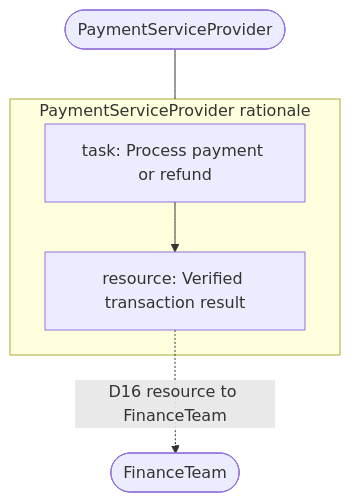
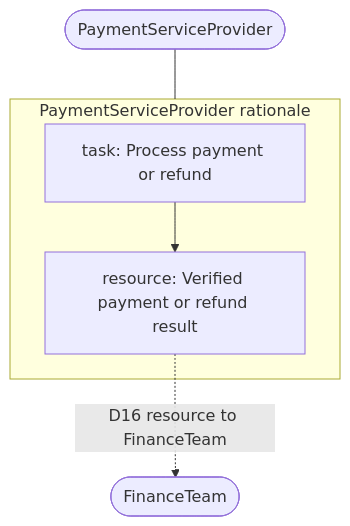
The ninth of 11 diagrams in docs/istar/PB-16_sr.md (Estrella6066773/HW_AISD), drawn with Mermaid before and after one commit. The commit also changed other lines of this file and 2 other files, not shown here.

````diff
--- a/docs/istar/PB-16_sr.md
+++ b/docs/istar/PB-16_sr.md
@@ -285,12 +287,12 @@
 ```mermaid
 flowchart TB
   PSP([PaymentServiceProvider])
   subgraph PSP_boundary[PaymentServiceProvider rationale]
     PSP_T1[task: Process payment or refund]
-    PSP_R1[resource: Verified transaction result]
+    PSP_R1[resource: Verified payment or refund result]
     PSP_T1 --> PSP_R1
   end
   PSP --- PSP_boundary
   FI([FinanceTeam])
   PSP_R1 -.->|D16 resource to FinanceTeam| FI
 ```
````
